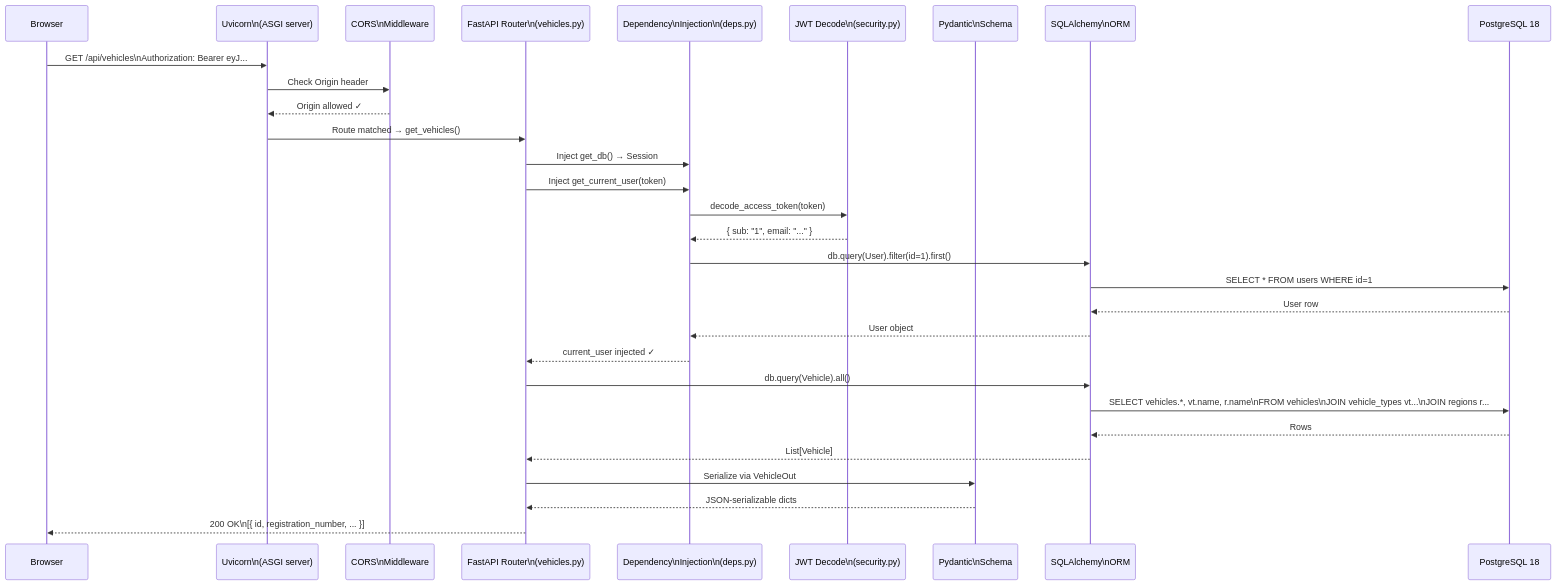
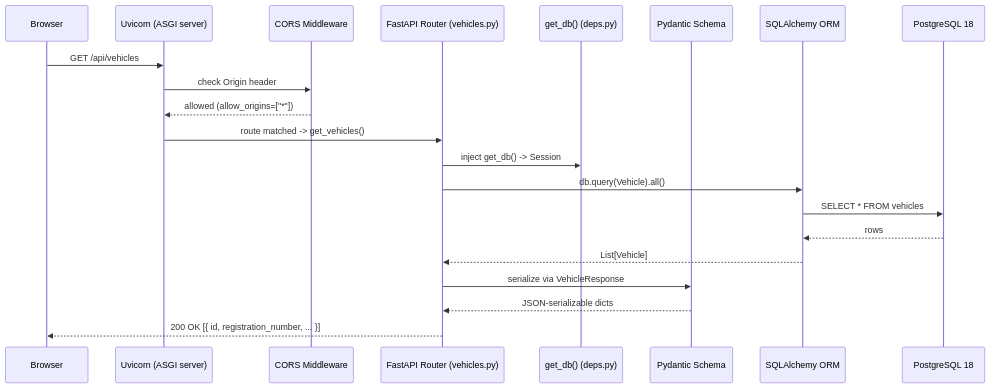
The second of 5 diagrams in docs/BACKEND.md (pvraguram/TransitOps-Smart-Transport-Operations-Platform), drawn with Mermaid before and after one commit. The commit also changed other lines of this file and 5 other files, not shown here.

````diff
--- a/docs/BACKEND.md
+++ b/docs/BACKEND.md
@@ -174,33 +169,24 @@
 ```mermaid
 sequenceDiagram
     participant Browser
-    participant Uvicorn as Uvicorn\n(ASGI server)
-    participant CORS as CORS\nMiddleware
-    participant Router as FastAPI Router\n(vehicles.py)
-    participant Deps as Dependency\nInjection\n(deps.py)
-    participant JWT as JWT Decode\n(security.py)
-    participant Schema as Pydantic\nSchema
-    participant ORM as SQLAlchemy\nORM
+    participant Uvicorn as Uvicorn (ASGI server)
+    participant CORS as CORS Middleware
+    participant Router as FastAPI Router (vehicles.py)
+    participant Deps as get_db() (deps.py)
+    participant Schema as Pydantic Schema
+    participant ORM as SQLAlchemy ORM
     participant PG as PostgreSQL 18
 
-    Browser->>Uvicorn: GET /api/vehicles\nAuthorization: Bearer eyJ...
-    Uvicorn->>CORS: Check Origin header
-    CORS-->>Uvicorn: Origin allowed ✓
-    Uvicorn->>Router: Route matched → get_vehicles()
-    Router->>Deps: Inject get_db() → Session
-    Router->>Deps: Inject get_current_user(token)
-    Deps->>JWT: decode_access_token(token)
-    JWT-->>Deps: { sub: "1", email: "..." }
-    Deps->>ORM: db.query(User).filter(id=1).first()
-    ORM->>PG: SELECT * FROM users WHERE id=1
-    PG-->>ORM: User row
-    ORM-->>Deps: User object
-    Deps-->>Router: current_user injected ✓
+    Browser->>Uvicorn: GET /api/vehicles
+    Uvicorn->>CORS: check Origin header
+    CORS-->>Uvicorn: allowed (allow_origins=["*"])
+    Uvicorn->>Router: route matched -> get_vehicles()
+    Router->>Deps: inject get_db() -> Session
     Router->>ORM: db.query(Vehicle).all()
-    ORM->>PG: SELECT vehicles.*, vt.name, r.name\nFROM vehicles\nJOIN vehicle_types vt...\nJOIN regions r...
-    PG-->>ORM: Rows
+    ORM->>PG: SELECT * FROM vehicles
+    PG-->>ORM: rows
     ORM-->>Router: List[Vehicle]
-    Router->>Schema: Serialize via VehicleOut
+    Router->>Schema: serialize via VehicleResponse
     Schema-->>Router: JSON-serializable dicts
-    Router-->>Browser: 200 OK\n[{ id, registration_number, ... }]
+    Router-->>Browser: 200 OK [{ id, registration_number, ... }]
 ```
````
